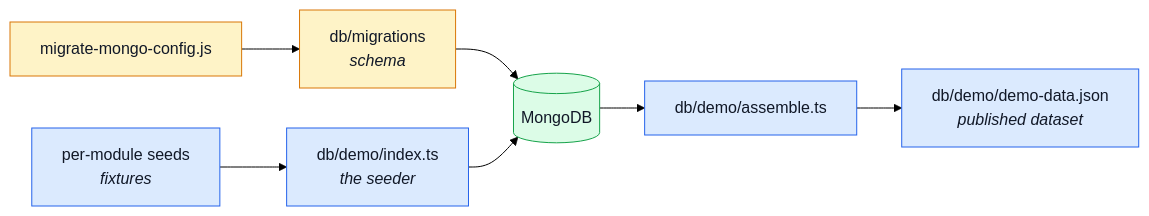
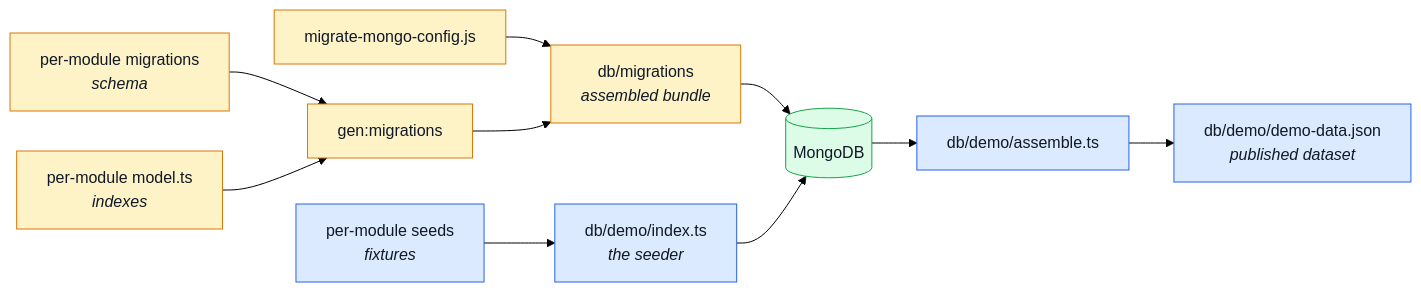
The first of 2 diagrams in docs/reference/data.md (Guebbit/boilerplate-node-backend), drawn with Mermaid (forest theme) before and after one commit. The commit also changed other lines of this file and 15 other files, not shown here.

````diff
--- a/docs/reference/data.md
+++ b/docs/reference/data.md
@@ -11,17 +14,20 @@
 ```mermaid
 %%{init: {'flowchart': {'nodeSpacing': 40, 'rankSpacing': 45}}}%%
 flowchart LR
-    Cfg["migrate-mongo-config.js"] --> Mig["db/migrations<br/><i>schema</i>"]
+    Cfg["migrate-mongo-config.js"] --> Mig["db/migrations<br/><i>assembled bundle</i>"]
+    Own["per-module migrations<br/><i>schema</i>"] --> Build["gen:migrations"]
+    Models["per-module model.ts<br/><i>indexes</i>"] --> Build
+    Build --> Mig
     Mig --> Mongo[("MongoDB")]
     Seeds["per-module seeds<br/><i>fixtures</i>"] --> Index["db/demo/index.ts<br/><i>the seeder</i>"]
     Index --> Mongo
     Mongo --> Assemble["db/demo/assemble.ts"]
     Assemble --> Data["db/demo/demo-data.json<br/><i>published dataset</i>"]
 
     classDef schema fill:#fef3c7,stroke:#d97706,color:#111827;
     classDef data fill:#dbeafe,stroke:#2563eb,color:#111827;
     classDef store fill:#dcfce7,stroke:#16a34a,color:#111827;
-    class Cfg,Mig schema;
+    class Cfg,Mig,Own,Models,Build schema;
     class Seeds,Index,Assemble,Data data;
     class Mongo store;
 ```
````
